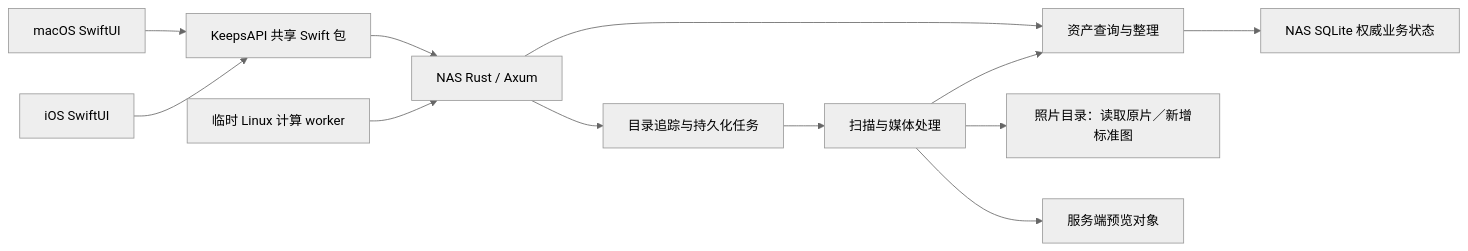
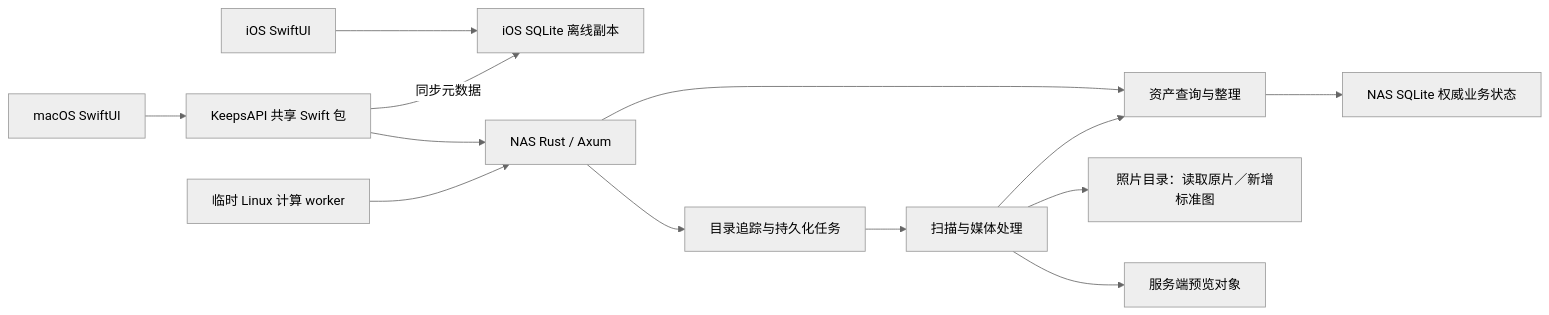
The diagram in docs/ARCHITECTURE.md (hechuan9/photo-asset-manager), drawn with Mermaid (neutral theme) before and after one commit. The commit also changed other lines of this file and 71 other files, not shown here.

````diff
--- a/docs/ARCHITECTURE.md
+++ b/docs/ARCHITECTURE.md
@@ -11,14 +11,15 @@
 ```mermaid
 flowchart LR
     Mac[macOS SwiftUI] --> API[KeepsAPI 共享 Swift 包]
-    iOS[iOS SwiftUI] --> API
+    iOS[iOS SwiftUI] --> LocalDB[iOS SQLite 离线副本]
+    API -->|同步元数据| LocalDB
     API --> HTTP[NAS Rust / Axum]
     Linux[临时 Linux 计算 worker] --> HTTP
     HTTP --> Catalog[资产查询与整理]
     HTTP --> Jobs[目录追踪与持久化任务]
     Catalog --> DB[NAS SQLite 权威业务状态]
     Jobs --> Media[扫描与媒体处理]
     Media --> Originals[照片目录：读取原片／新增标准图]
     Media --> Preview[服务端预览对象]
     Media --> Catalog
 ```
````
